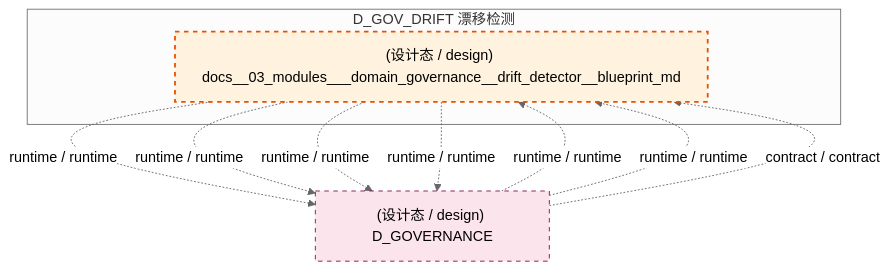
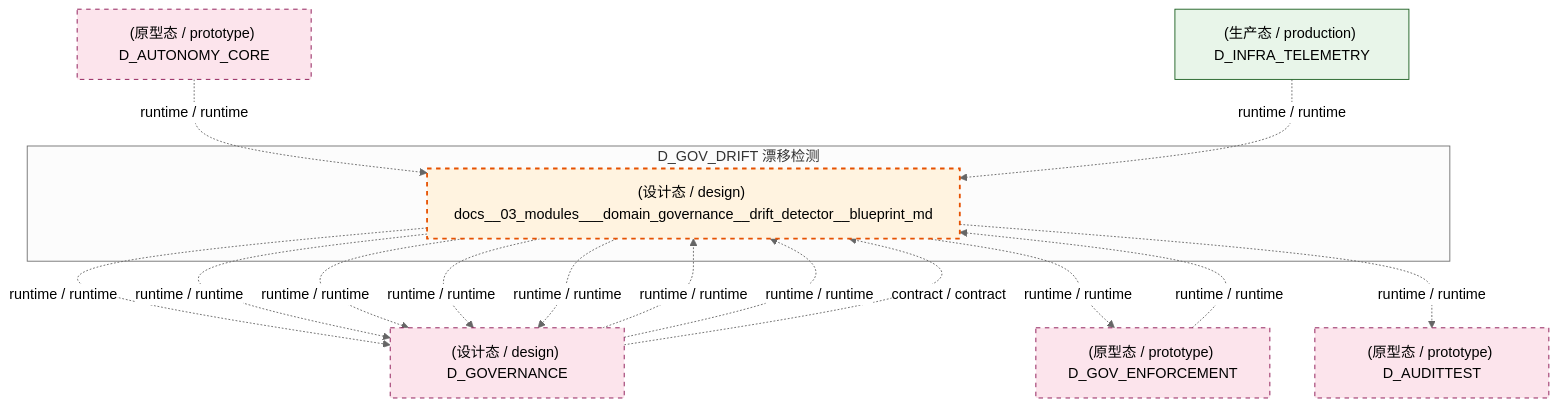
Before and after one commit to xuanFelixVan/ZephyrAlpha: the first of 3 diagrams in docs/02_enterprise_architecture/02_domain_architecture_docs/34_d_gov_drift.md, drawn with Mermaid (neutral theme). The commit also changed other lines of this file and 100 other files, not shown here.

````diff
--- a/docs/02_enterprise_architecture/02_domain_architecture_docs/34_d_gov_drift.md
+++ b/docs/02_enterprise_architecture/02_domain_architecture_docs/34_d_gov_drift.md
@@ -64,20 +64,31 @@
 ```mermaid
 graph TD
     subgraph D_GOV_DRIFT["D_GOV_DRIFT 漂移检测"]
         docs_03_modules_domain_governance_drift_detector_blueprint_md["(设计态 / design) docs__03_modules___domain_governance__drift_detector__blueprint_md"]
     end
     D_GOVERNANCE["(设计态 / design) D_GOVERNANCE"]
     docs_03_modules_domain_governance_drift_detector_blueprint_md -.->|runtime / runtime| D_GOVERNANCE
     docs_03_modules_domain_governance_drift_detector_blueprint_md -.->|runtime / runtime| D_GOVERNANCE
+    D_GOV_ENFORCEMENT["(原型态 / prototype) D_GOV_ENFORCEMENT"]
+    docs_03_modules_domain_governance_drift_detector_blueprint_md -.->|runtime / runtime| D_GOV_ENFORCEMENT
+    D_AUDITTEST["(原型态 / prototype) D_AUDITTEST"]
+    docs_03_modules_domain_governance_drift_detector_blueprint_md -.->|runtime / runtime| D_AUDITTEST
     docs_03_modules_domain_governance_drift_detector_blueprint_md -.->|runtime / runtime| D_GOVERNANCE
     docs_03_modules_domain_governance_drift_detector_blueprint_md -.->|runtime / runtime| D_GOVERNANCE
+    docs_03_modules_domain_governance_drift_detector_blueprint_md -.->|runtime / runtime| D_GOVERNANCE
+    D_GOV_ENFORCEMENT -.->|runtime / runtime| docs_03_modules_domain_governance_drift_detector_blueprint_md
     D_GOVERNANCE -.->|runtime / runtime| docs_03_modules_domain_governance_drift_detector_blueprint_md
     D_GOVERNANCE -.->|runtime / runtime| docs_03_modules_domain_governance_drift_detector_blueprint_md
     D_GOVERNANCE -.->|contract / contract| docs_03_modules_domain_governance_drift_detector_blueprint_md
+    D_AUTONOMY_CORE["(原型态 / prototype) D_AUTONOMY_CORE"]
+    D_AUTONOMY_CORE -.->|runtime / runtime| docs_03_modules_domain_governance_drift_detector_blueprint_md
+    D_INFRA_TELEMETRY["(生产态 / production) D_INFRA_TELEMETRY"]
+    D_INFRA_TELEMETRY -.->|runtime / runtime| docs_03_modules_domain_governance_drift_detector_blueprint_md
     classDef production fill:#e1f5fe,stroke:#01579b,stroke-width:2px,color:#000
     classDef design fill:#fff3e0,stroke:#e65100,stroke-width:2px,color:#000,stroke-dasharray: 5 5
     classDef external_prod fill:#e8f5e9,stroke:#1b5e20,stroke-width:1px,color:#000
     classDef external_design fill:#fce4ec,stroke:#880e4f,stroke-width:1px,color:#000,stroke-dasharray: 5 5
     class docs_03_modules_domain_governance_drift_detector_blueprint_md design
-    class D_GOVERNANCE external_design
+    class D_INFRA_TELEMETRY external_prod
+    class D_GOVERNANCE,D_GOV_ENFORCEMENT,D_AUDITTEST,D_AUTONOMY_CORE external_design
 ```
````
